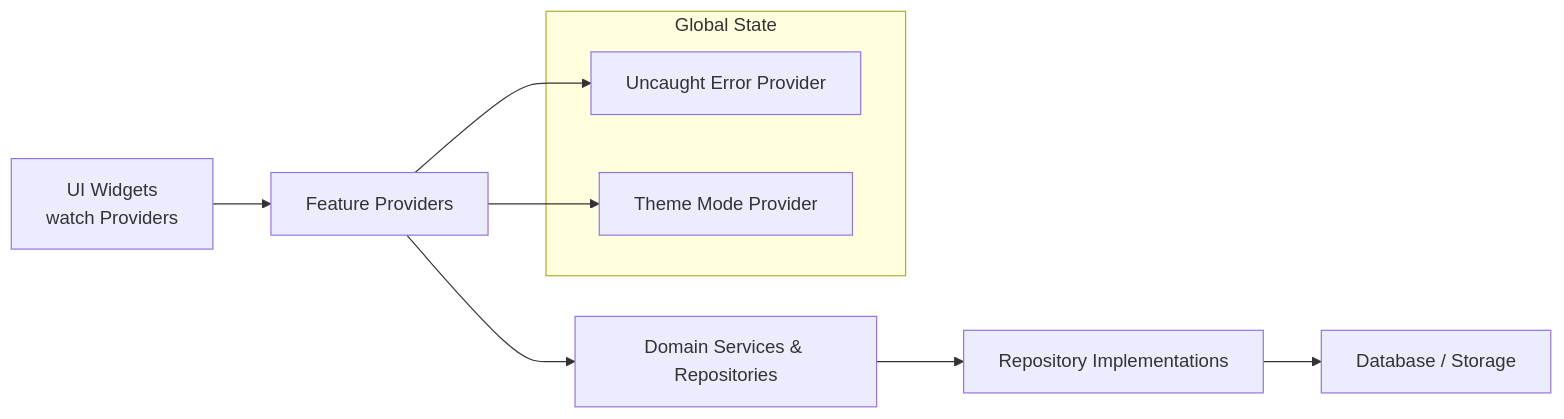
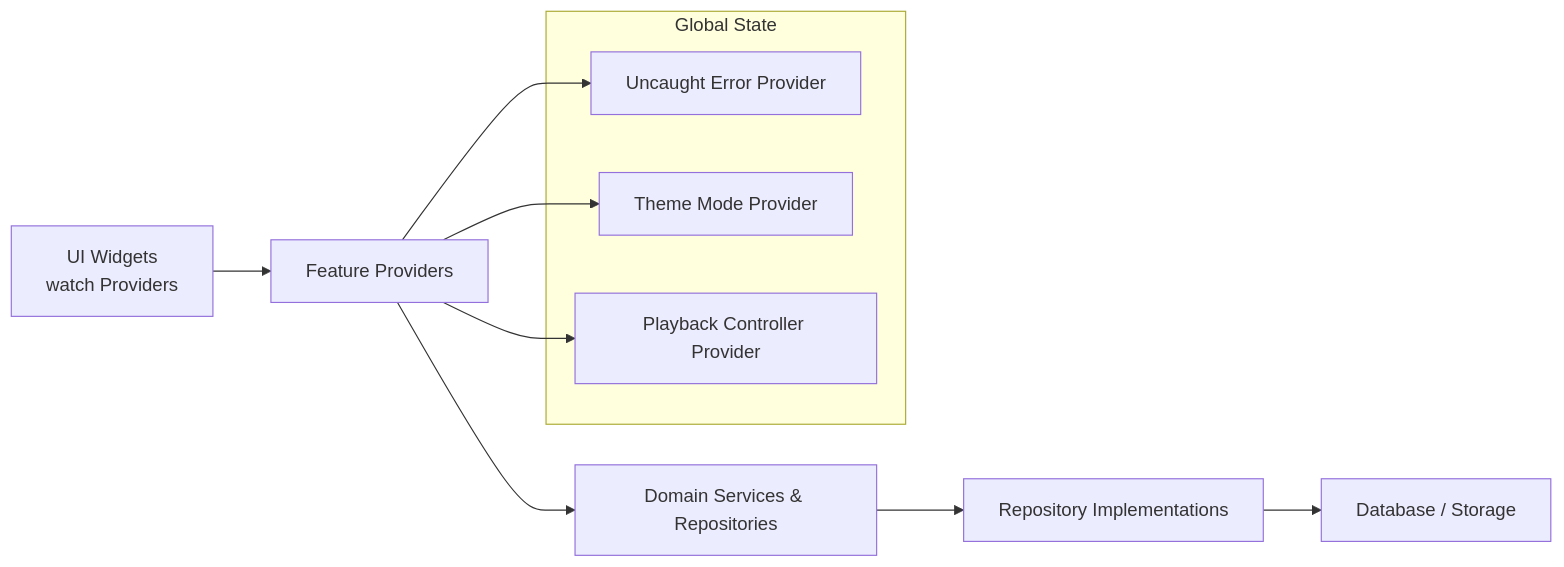
Before and after one commit to Rana76-u/mytube: the second of 8 diagrams in .qoder/repowiki/en/content/Architecture Overview/State Management with Riverpod.md, drawn with Mermaid. The commit also changed other lines of this file and 62 other files, not shown here.

````diff
--- a/.qoder/repowiki/en/content/Architecture Overview/State Management with Riverpod.md
+++ b/.qoder/repowiki/en/content/Architecture Overview/State Management with Riverpod.md
@@ -121,13 +140,15 @@
 ```mermaid
 graph LR
 UI["UI Widgets<br/>watch Providers"] --> Features["Feature Providers"]
 Features --> Domain["Domain Services & Repositories"]
 Domain --> Data["Repository Implementations"]
 Data --> DB["Database / Storage"]
 subgraph "Global State"
 Errors["Uncaught Error Provider"]
 Theme["Theme Mode Provider"]
+Playback["Playback Controller Provider"]
 end
 Features --> Errors
 Features --> Theme
+Features --> Playback
 ```
````
